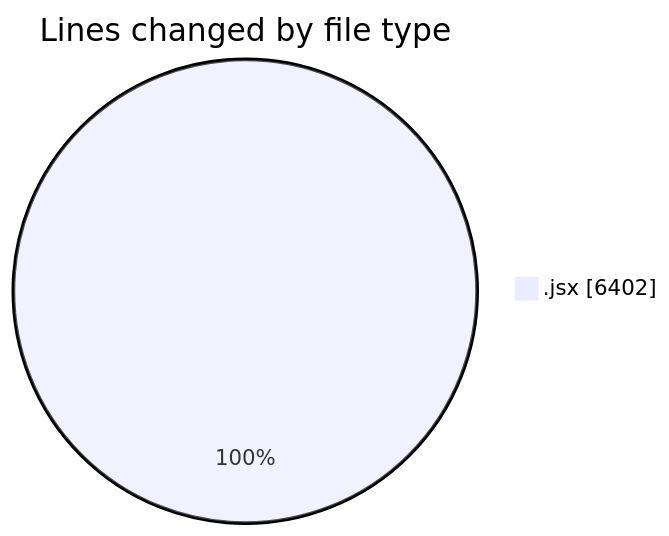
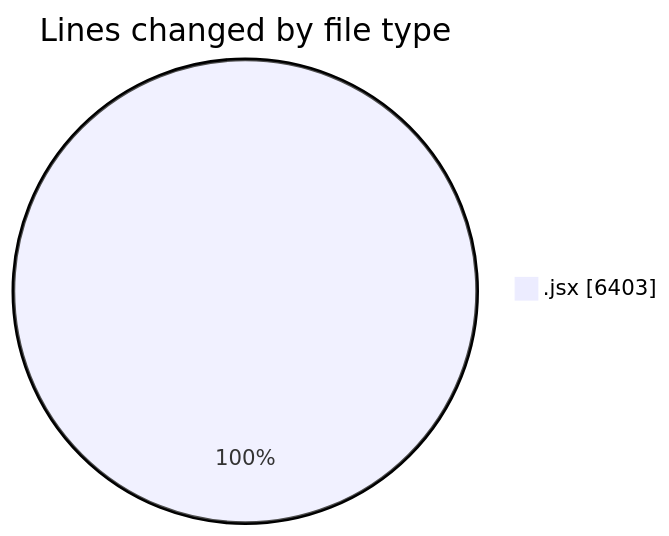
The first of 2 diagrams in 2025-05-05/nxtqube_webapp/README.md (nxtqubesakshisongat/code-tracking), drawn with Mermaid before and after one commit. The commit also changed other lines of this file and 1 other file, not shown here.

````diff
--- a/2025-05-05/nxtqube_webapp/README.md
+++ b/2025-05-05/nxtqube_webapp/README.md
@@ -24,5 +24,5 @@
 ```mermaid
 pie showData
 title Lines changed by file type
-".jsx" : 6402
+".jsx" : 6403
 ```
````
